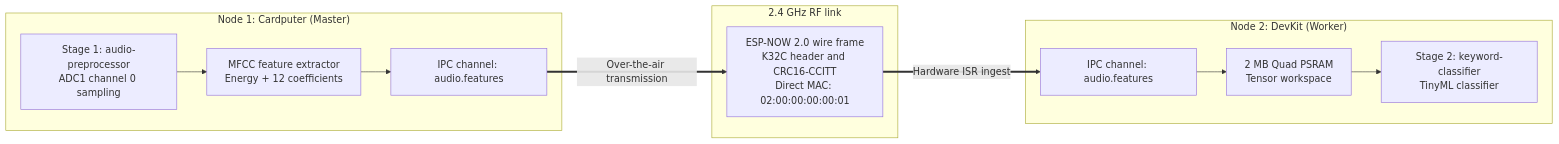
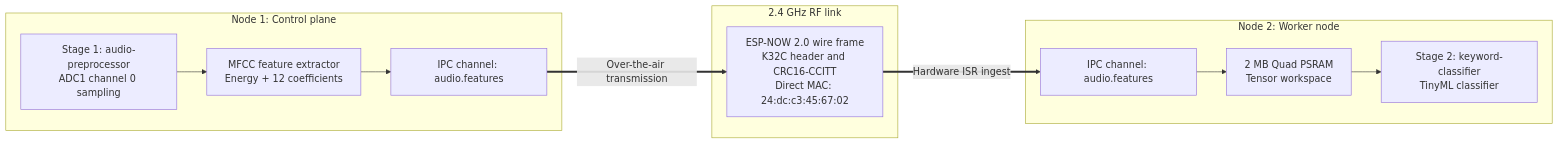
The diagram in docs/workloads/distributed-pipeline.md (arterialist/kube32), drawn with Mermaid before and after one commit. The commit also changed other lines of this file and 11 other files, not shown here.

````diff
--- a/docs/workloads/distributed-pipeline.md
+++ b/docs/workloads/distributed-pipeline.md
@@ -83,27 +83,27 @@
 ```mermaid
 graph LR
-    subgraph N1["Node 1: Cardputer (Master)"]
+    subgraph N1["Node 1: Control plane"]
         S1["Stage 1: audio-preprocessor<br/>ADC1 channel 0 sampling"]
         EXTRACT["MFCC feature extractor<br/>Energy + 12 coefficients"]
         CH1["IPC channel: audio.features"]
 
         S1 --> EXTRACT
         EXTRACT --> CH1
     end
 
     subgraph RF["2.4 GHz RF link"]
-        AIR["ESP-NOW 2.0 wire frame<br/>K32C header and CRC16-CCITT<br/>Direct MAC: 02:00:00:00:00:01"]
+        AIR["ESP-NOW 2.0 wire frame<br/>K32C header and CRC16-CCITT<br/>Direct MAC: 24:dc:c3:45:67:02"]
     end
 
-    subgraph N2["Node 2: DevKit (Worker)"]
+    subgraph N2["Node 2: Worker node"]
         CH2["IPC channel: audio.features"]
         PSRAM["2 MB Quad PSRAM<br/>Tensor workspace"]
         TINYML["Stage 2: keyword-classifier<br/>TinyML classifier"]
 
         CH2 --> PSRAM
         PSRAM --> TINYML
     end
 
     CH1 ==>|"Over-the-air transmission"| AIR
     AIR ==>|"Hardware ISR ingest"| CH2
 ```
````
